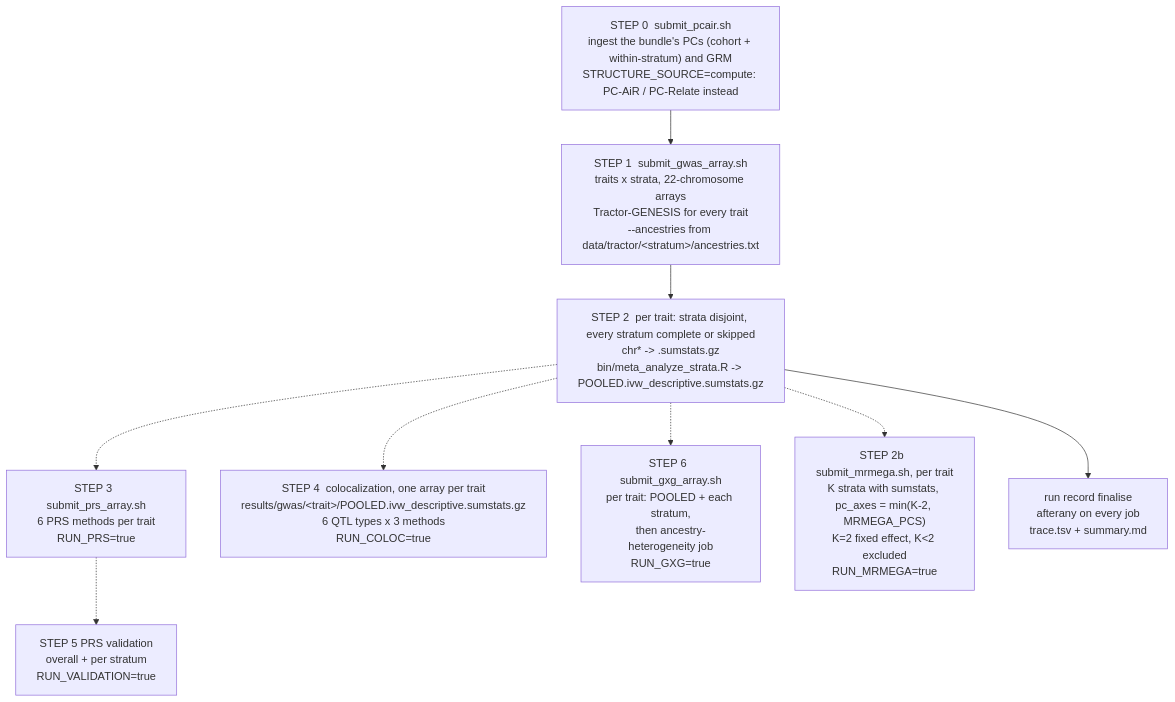
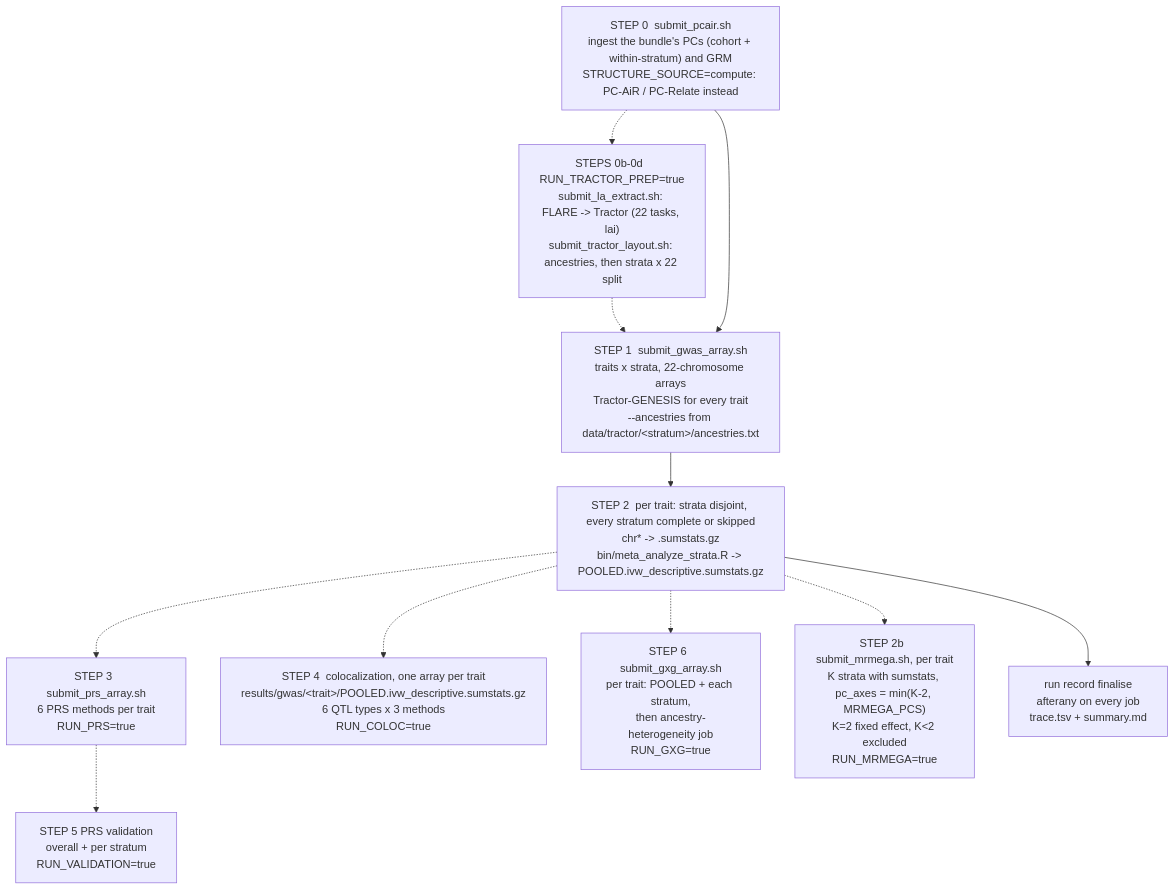
One commit to chrisrob3312/Nextflow_GWAS_pipeline changed the fourth of 4 diagrams in docs/WORKFLOW.md. Above: the diagram before and after it, drawn with Mermaid. The commit also changed other lines of this file and 5 other files, not shown here.

````diff
--- a/docs/WORKFLOW.md
+++ b/docs/WORKFLOW.md
@@ -233,19 +233,21 @@
 ```mermaid
 flowchart TD
     S0["STEP 0  submit_pcair.sh<br/>ingest the bundle's PCs (cohort + within-stratum) and GRM<br/>STRUCTURE_SOURCE=compute: PC-AiR / PC-Relate instead"]
     S1["STEP 1  submit_gwas_array.sh<br/>traits x strata, 22-chromosome arrays<br/>Tractor-GENESIS for every trait<br/>--ancestries from data/tractor/&lt;stratum&gt;/ancestries.txt"]
+    S0b["STEPS 0b-0d  RUN_TRACTOR_PREP=true<br/>submit_la_extract.sh: FLARE -> Tractor (22 tasks, lai)<br/>submit_tractor_layout.sh: ancestries, then strata x 22 split"]
+    S0 -.-> S0b -.-> S1
     S0 --> S1
     S2["STEP 2  per trait: strata disjoint, every stratum complete or skipped<br/>chr* -> <stratum>.sumstats.gz<br/>bin/meta_analyze_strata.R -> POOLED.ivw_descriptive.sumstats.gz"]
     S3["STEP 3  submit_prs_array.sh<br/>6 PRS methods per trait<br/>RUN_PRS=true"]
     S4["STEP 4  colocalization, one array per trait<br/>results/gwas/&lt;trait&gt;/POOLED.ivw_descriptive.sumstats.gz<br/>6 QTL types x 3 methods<br/>RUN_COLOC=true"]
     S5["STEP 5  PRS validation<br/>overall + per stratum<br/>RUN_VALIDATION=true"]
     S6["STEP 6  submit_gxg_array.sh<br/>per trait: POOLED + each stratum,<br/>then ancestry-heterogeneity job<br/>RUN_GXG=true"]
     S2b["STEP 2b  submit_mrmega.sh, per trait<br/>K strata with sumstats, pc_axes = min(K-2, MRMEGA_PCS)<br/>K=2 fixed effect, K&lt;2 excluded<br/>RUN_MRMEGA=true"]
     S2 -.-> S2b
     F["run record finalise<br/>afterany on every job<br/>trace.tsv + summary.md"]
     S1 --> S2
     S2 -.-> S3 -.-> S5
     S2 -.-> S4
     S2 -.-> S6
     S2 --> F
 ```
````
